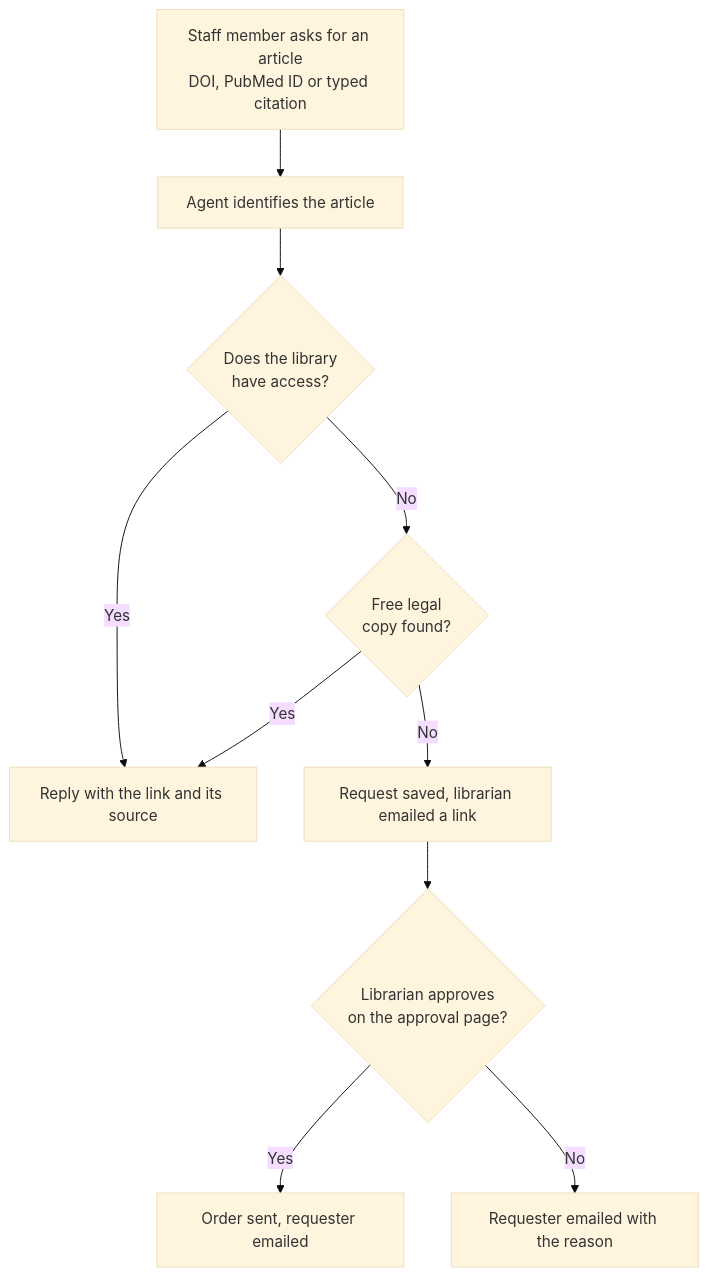
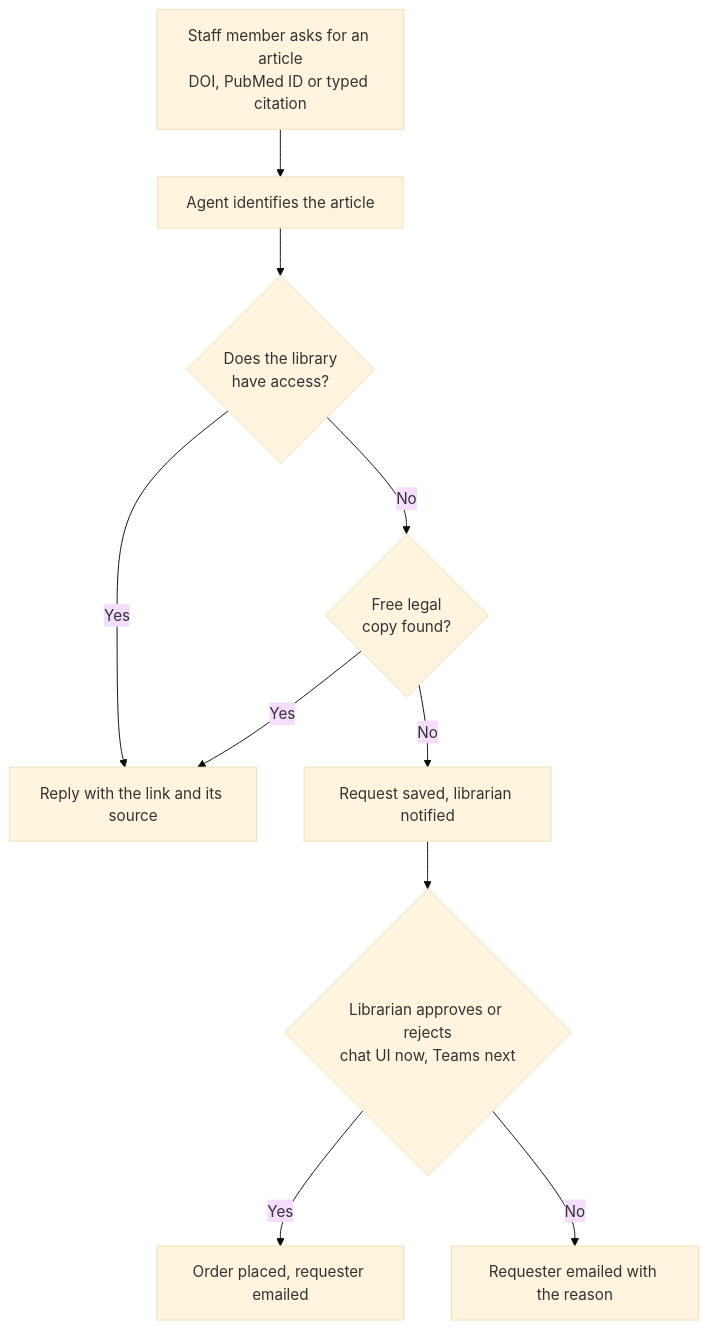
One commit to hamza-roujdami/medical-libraryIQ changed the first of 4 diagrams in README.md. Above: the diagram before and after it, drawn with Mermaid (base theme). The commit also changed other lines of this file and 42 other files, not shown here.

````diff
--- a/README.md
+++ b/README.md
@@ -21,12 +21,12 @@
 ```mermaid
 flowchart TD
   A["Staff member asks for an article<br/>DOI, PubMed ID or typed citation"] --> B["Agent identifies the article"]
   B --> C{"Does the library<br/>have access?"}
   C -->|Yes| D["Reply with the link and its source"]
   C -->|No| E{"Free legal<br/>copy found?"}
   E -->|Yes| D
-  E -->|No| F["Request saved, librarian emailed a link"]
-  F --> G{"Librarian approves<br/>on the approval page?"}
-  G -->|Yes| H["Order sent, requester emailed"]
+  E -->|No| F["Request saved, librarian notified"]
+  F --> G{"Librarian approves or rejects<br/>chat UI now, Teams next"}
+  G -->|Yes| H["Order placed, requester emailed"]
   G -->|No| I["Requester emailed with the reason"]
 ```
````
